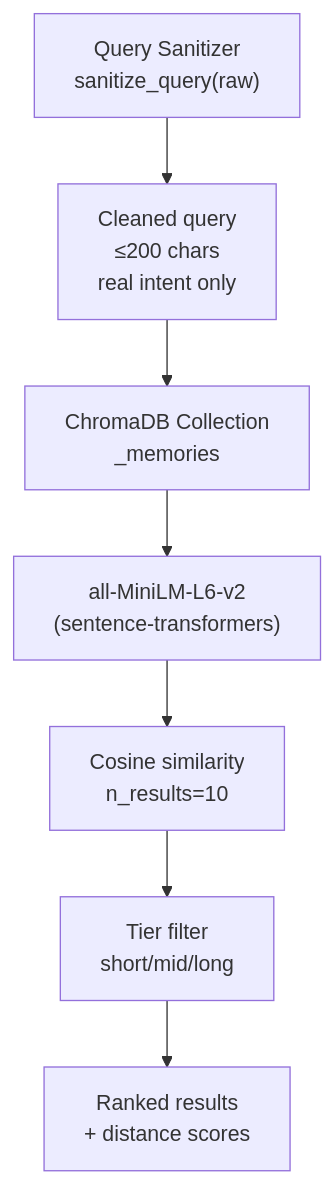
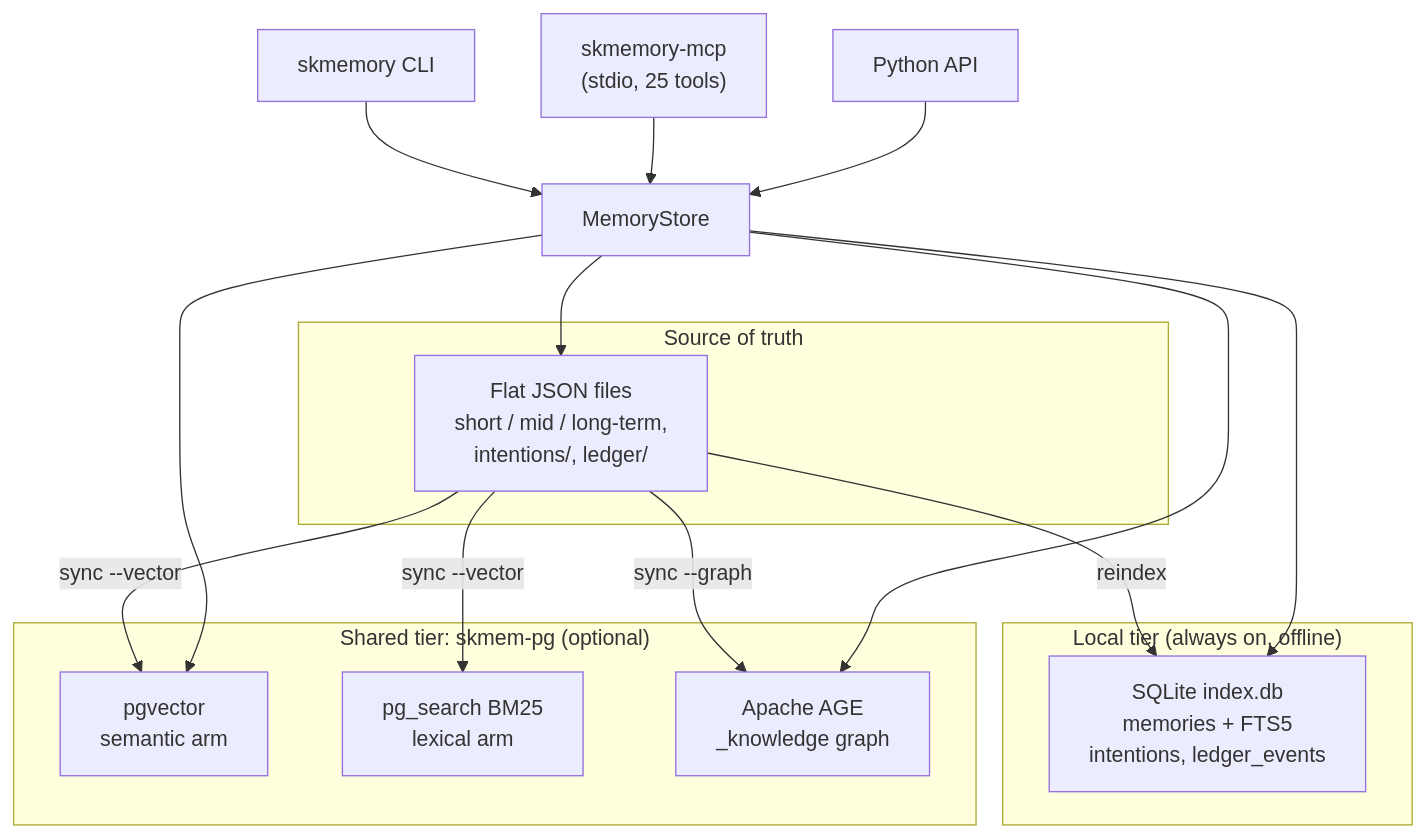
Before and after one commit to smilinTux/skmemory: the first of 13 diagrams in docs/ARCHITECTURE.md, drawn with Mermaid. The commit also changed other lines of this file and 16 other files, not shown here.

First line of the commit message:
docs: truth pass over SKILL.md, README, SOP, ARCHITECTURE and the two-tier stack (SKMEM-P0-09, P5-06, P2-07)

````diff
--- a/docs/ARCHITECTURE.md
+++ b/docs/ARCHITECTURE.md
@@ -140,10 +28,25 @@
 ```mermaid
 flowchart TD
-    QS["Query Sanitizer\nsanitize_query(raw)"]
-    QS --> CLEAN["Cleaned query\n≤200 chars\nreal intent only"]
-    CLEAN --> CHR["ChromaDB Collection\n<agent>_memories"]
-    CHR --> EMB["all-MiniLM-L6-v2\n(sentence-transformers)"]
-    EMB --> VEC["Cosine similarity\nn_results=10"]
-    VEC --> TIER["Tier filter\nshort/mid/long"]
-    TIER --> OUT["Ranked results\n+ distance scores"]
+    CLI["skmemory CLI"] --> Store
+    MCP["skmemory-mcp\n(stdio, 25 tools)"] --> Store
+    API["Python API"] --> Store
+    Store["MemoryStore"] --> Flat
+    subgraph Truth["Source of truth"]
+        Flat["Flat JSON files\nshort / mid / long-term,\nintentions/, ledger/"]
+    end
+    subgraph Local["Local tier (always on, offline)"]
+        SQLite["SQLite index.db\nmemories + FTS5\nintentions, ledger_events"]
+    end
+    subgraph Shared["Shared tier: skmem-pg (optional)"]
+        PGV["pgvector\nsemantic arm"]
+        BM25["pg_search BM25\nlexical arm"]
+        AGE["Apache AGE\n<agent>_knowledge graph"]
+    end
+    Flat -->|reindex| SQLite
+    Flat -->|sync --vector| PGV
+    Flat -->|sync --vector| BM25
+    Flat -->|sync --graph| AGE
+    Store --> SQLite
+    Store --> PGV
+    Store --> AGE
 ```
````
